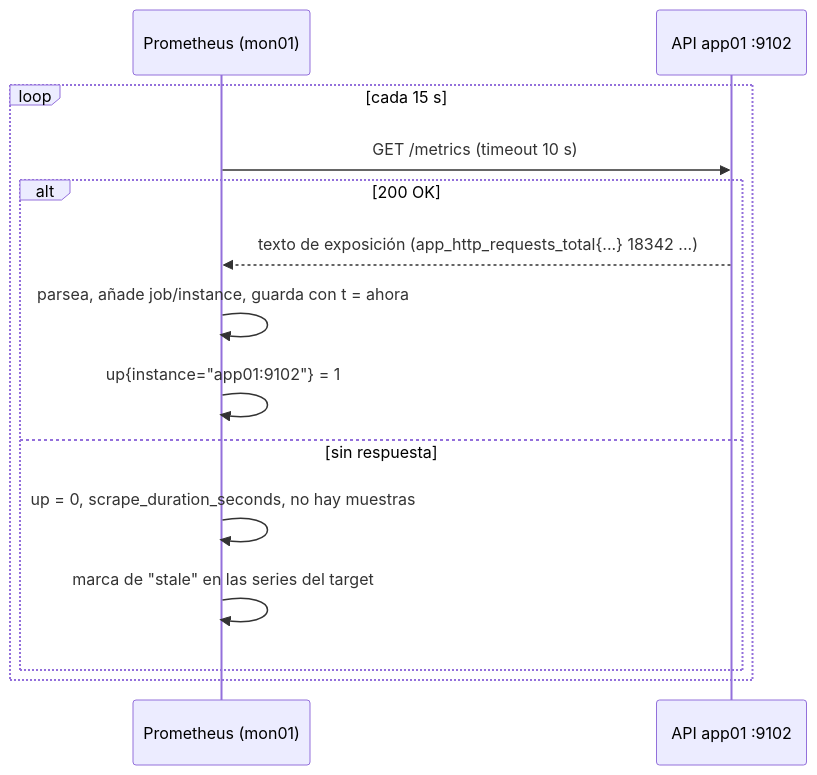
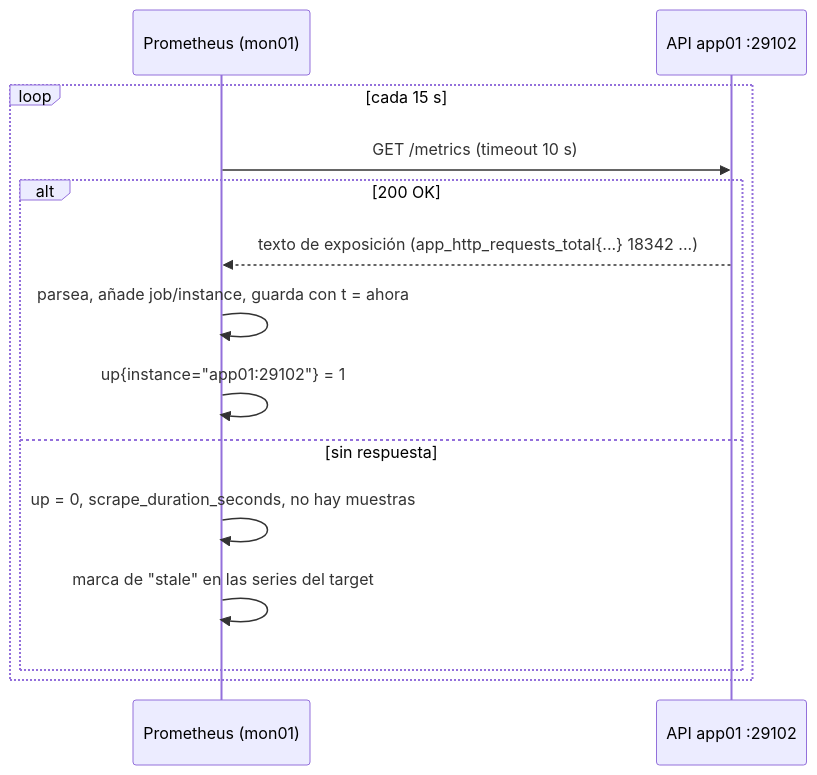
One commit to victor-educ/apuntes-5169 changed the eighth of 8 diagrams in docs/ut/ut1-observabilidad.md. Above: the diagram before and after it, drawn with Mermaid. The commit also changed other lines of this file and 13 other files, not shown here.

````diff
--- a/docs/ut/ut1-observabilidad.md
+++ b/docs/ut/ut1-observabilidad.md
@@ -1090,16 +1095,16 @@
 ```mermaid
 sequenceDiagram
     participant P as Prometheus (mon01)
-    participant T as API app01 :9102
+    participant T as API app01 :29102
     loop cada 15 s
         P->>T: GET /metrics (timeout 10 s)
         alt 200 OK
             T-->>P: texto de exposición (app_http_requests_total{...} 18342 ...)
             P->>P: parsea, añade job/instance, guarda con t = ahora
-            P->>P: up{instance="app01:9102"} = 1
+            P->>P: up{instance="app01:29102"} = 1
         else sin respuesta
             P->>P: up = 0, scrape_duration_seconds, no hay muestras
             P->>P: marca de "stale" en las series del target
         end
     end
 ```
````
